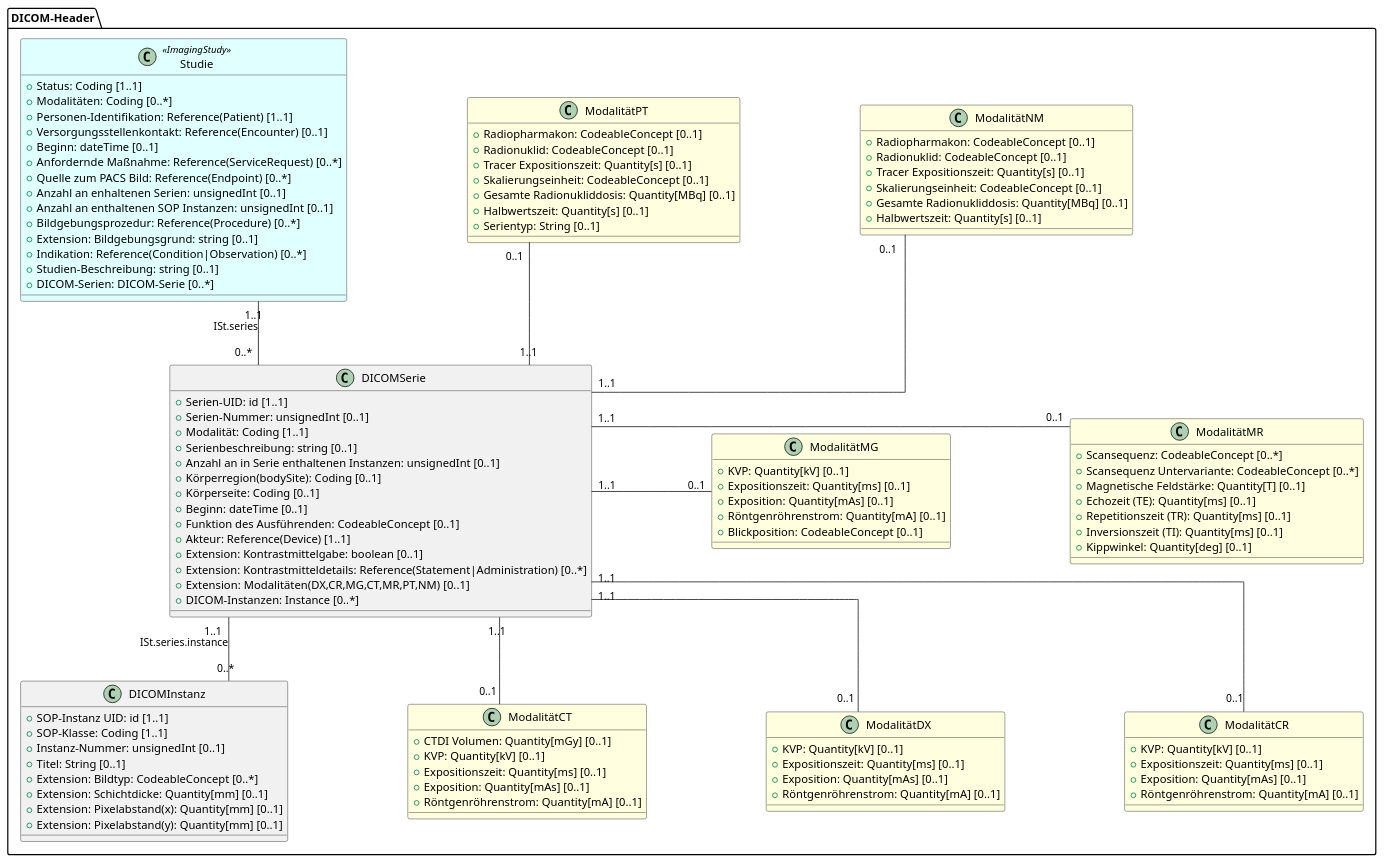
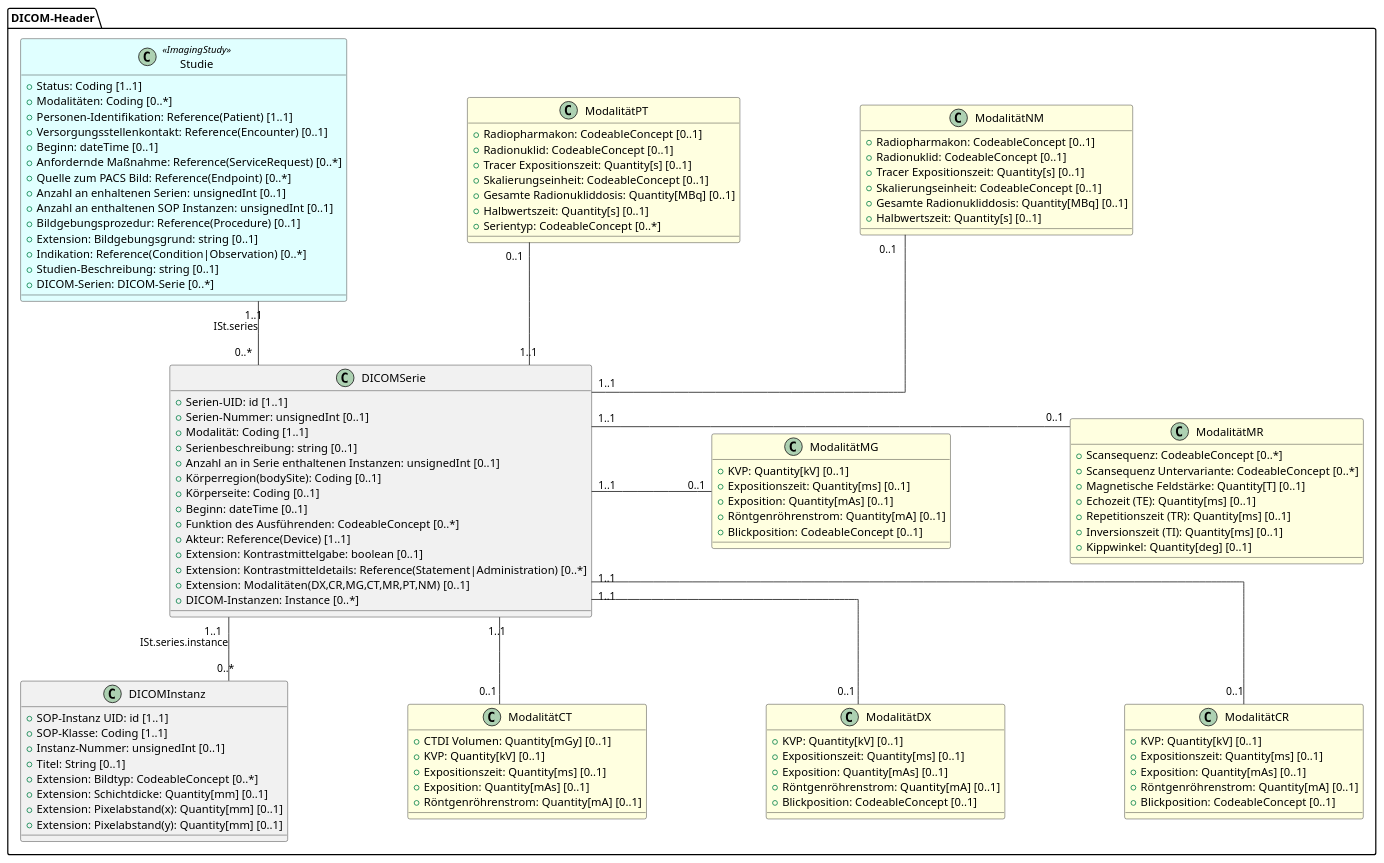
One commit to medizininformatik-initiative/kerndatensatz-bildgebung changed the diagram in plantUmlSrc/UML Metadaten.plantuml. Above: the diagram before and after it, drawn with PlantUML. The commit also changed 3 other files, not shown here.

Commit message:
Update UML cards

```diff
--- a/plantUmlSrc/UML Metadaten.plantuml
+++ b/plantUmlSrc/UML Metadaten.plantuml
@@ -1,127 +1,129 @@
 @startuml UML Modul Bildgebung
 skinparam Linetype ortho
 skinparam Nodesep 150
 skinparam Ranksep 80
 skinparam legendBackgroundColor #white
 
 package "DICOM-Header" {
   class Studie <<ImagingStudy>> #LightCyan {
   + Status: Coding [1..1]
   + Modalitäten: Coding [0..*]
   + {field} Personen-Identifikation: Reference(Patient) [1..1]
   + {field} Versorgungsstellenkontakt: Reference(Encounter) [0..1]
   + Beginn: dateTime [0..1]
   + {field} Anfordernde Maßnahme: Reference(ServiceRequest) [0..*]
   + {field} Quelle zum PACS Bild: Reference(Endpoint) [0..*]
   + Anzahl an enhaltenen Serien: unsignedInt [0..1]
   + Anzahl an enthaltenen SOP Instanzen: unsignedInt [0..1]
-  + {field} Bildgebungsprozedur: Reference(Procedure) [0..*]
+  + {field} Bildgebungsprozedur: Reference(Procedure) [0..1]
   + Extension: Bildgebungsgrund: string [0..1]
   + {field} Indikation: Reference(Condition|Observation) [0..*]
   + Studien-Beschreibung: string [0..1]
   + DICOM-Serien: DICOM-Serie [0..*]
   }
 
   class DICOMSerie {
   + Serien-UID: id [1..1]
   + Serien-Nummer: unsignedInt [0..1]
   + Modalität: Coding [1..1]
   + Serienbeschreibung: string [0..1]
   + Anzahl an in Serie enthaltenen Instanzen: unsignedInt [0..1]
   + {field} Körperregion(bodySite): Coding [0..1]
   + Körperseite: Coding [0..1]
   + Beginn: dateTime [0..1]
-  + Funktion des Ausführenden: CodeableConcept [0..1]
+  + Funktion des Ausführenden: CodeableConcept [0..*]
   + {field} Akteur: Reference(Device) [1..1]
   + Extension: Kontrastmittelgabe: boolean [0..1]
   + {field} Extension: Kontrastmitteldetails: Reference(Statement|Administration) [0..*]
   + {field} Extension: Modalitäten(DX,CR,MG,CT,MR,PT,NM) [0..1]
   + DICOM-Instanzen: Instance [0..*]
   }
 
   class DICOMInstanz {
   + SOP-Instanz UID: id [1..1]
   + SOP-Klasse: Coding [1..1]
   + Instanz-Nummer: unsignedInt [0..1]
   + Titel: String [0..1]
   + Extension: Bildtyp: CodeableConcept [0..*]
   + Extension: Schichtdicke: Quantity[mm] [0..1]
   + {field} Extension: Pixelabstand(x): Quantity[mm] [0..1]
   + {field} Extension: Pixelabstand(y): Quantity[mm] [0..1]
   }
 
   class ModalitätMR #LightYellow {
   + Scansequenz: CodeableConcept [0..*]
   + Scansequenz Untervariante: CodeableConcept [0..*]
   + Magnetische Feldstärke: Quantity[T] [0..1]
   + {field} Echozeit (TE): Quantity[ms] [0..1]
   + {field} Repetitionszeit (TR): Quantity[ms] [0..1]
   + {field} Inversionszeit (TI): Quantity[ms] [0..1]
   + Kippwinkel: Quantity[deg] [0..1]
   }
 
   class ModalitätCT #LightYellow {
   + CTDI Volumen: Quantity[mGy] [0..1]
   + KVP: Quantity[kV] [0..1]
   + Expositionszeit: Quantity[ms] [0..1]
   + Exposition: Quantity[mAs] [0..1]
   + Röntgenröhrenstrom: Quantity[mA] [0..1]
   } 
 
   class ModalitätDX #LightYellow {
   + KVP: Quantity[kV] [0..1]
   + Expositionszeit: Quantity[ms] [0..1]
   + Exposition: Quantity[mAs] [0..1]
   + Röntgenröhrenstrom: Quantity[mA] [0..1]
+  + Blickposition: CodeableConcept [0..1]
   } 
 
   class ModalitätCR #LightYellow {
   + KVP: Quantity[kV] [0..1]
   + Expositionszeit: Quantity[ms] [0..1]
   + Exposition: Quantity[mAs] [0..1]
   + Röntgenröhrenstrom: Quantity[mA] [0..1]
+  + Blickposition: CodeableConcept [0..1]
   } 
 
   class ModalitätMG #LightYellow {
   + KVP: Quantity[kV] [0..1]
   + Expositionszeit: Quantity[ms] [0..1]
   + Exposition: Quantity[mAs] [0..1]
   + Röntgenröhrenstrom: Quantity[mA] [0..1]
   + Blickposition: CodeableConcept [0..1]
   } 
 
   class ModalitätNM #LightYellow {
   + Radiopharmakon: CodeableConcept [0..1]
   + Radionuklid: CodeableConcept [0..1]
   + Tracer Expositionszeit: Quantity[s] [0..1]
   + Skalierungseinheit: CodeableConcept [0..1]
   + Gesamte Radionukliddosis: Quantity[MBq] [0..1]
   + Halbwertszeit: Quantity[s] [0..1]
   } 
 
   class ModalitätPT #LightYellow {
   + Radiopharmakon: CodeableConcept [0..1]
   + Radionuklid: CodeableConcept [0..1]
   + Tracer Expositionszeit: Quantity[s] [0..1]
   + Skalierungseinheit: CodeableConcept [0..1]
   + Gesamte Radionukliddosis: Quantity[MBq] [0..1]
   + Halbwertszeit: Quantity[s] [0..1]
-  + Serientyp: String [0..1]
+  + Serientyp: CodeableConcept [0..*]
   }
 }
 
 DICOMSerie "1..1" -- "0..*" DICOMInstanz: ISt.series.instance
 DICOMSerie "1..1" -r- "0..1" ModalitätMR
 DICOMSerie "1..1" -- "0..1" ModalitätCT
 DICOMSerie "1..1" -- "0..1" ModalitätDX
 DICOMSerie "1..1" -- "0..1" ModalitätCR
 DICOMSerie "1..1" -r- "0..1" ModalitätMG
 DICOMSerie "1..1" -u- "0..1" ModalitätNM
 DICOMSerie "1..1" -u- "0..1" ModalitätPT
 
 Studie "1..1" -- "0..*" DICOMSerie: ISt.series
 
 ModalitätPT -[hidden]r- ModalitätNM
 
 
 @enduml
```
